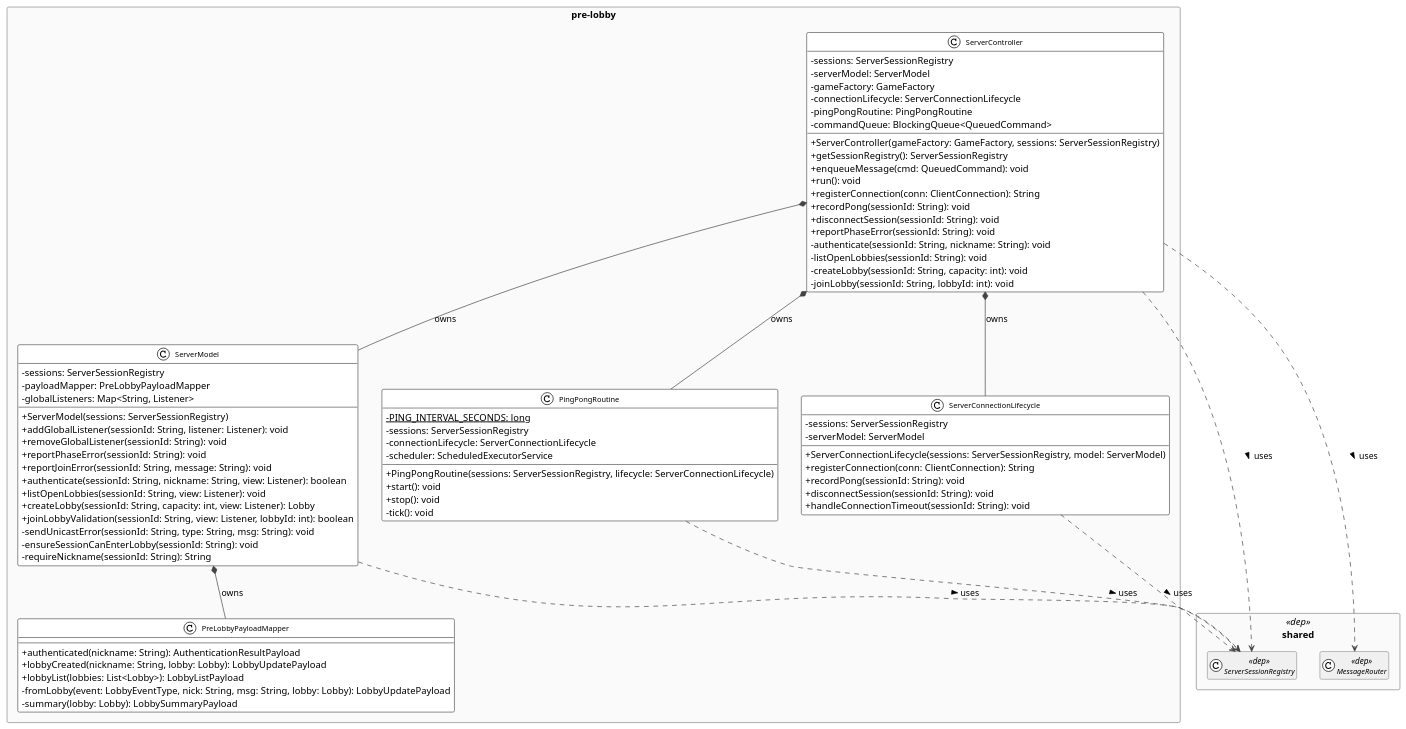
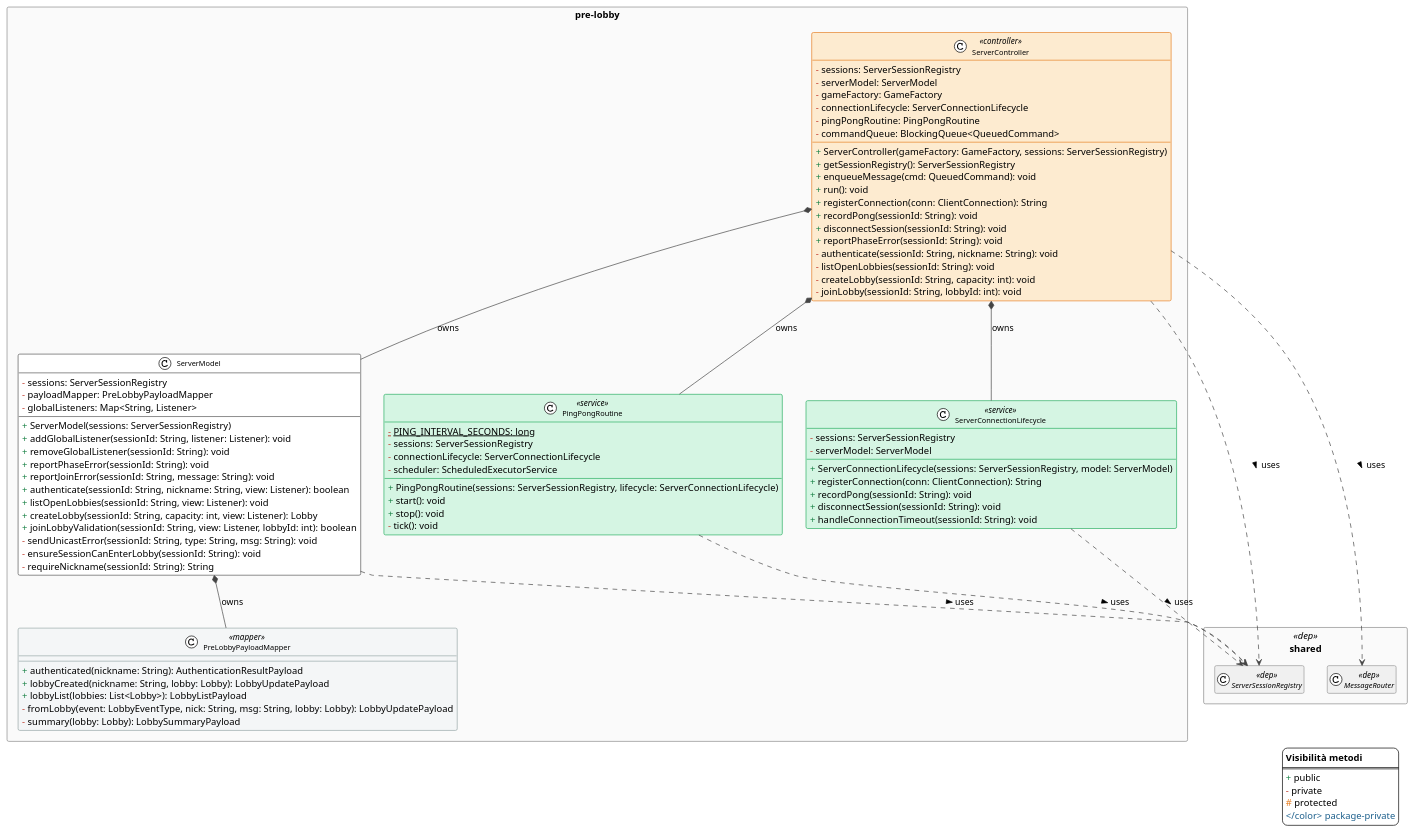
The diagram in docs/uml/server-prelobby.puml (Zorli/MesosProject), drawn with PlantUML before and after one commit. The commit also changed 4 other files, not shown here.

First line of the commit message:
docs: add layer and visibility colors to UML diagrams

```diff
--- a/docs/uml/server-prelobby.puml
+++ b/docs/uml/server-prelobby.puml
@@ -1,129 +1,159 @@
 @startuml server-prelobby
 !theme plain
 top to bottom direction
 
 skinparam classAttributeIconSize 0
 skinparam defaultFontName "Segoe UI"
 skinparam class {
   BackgroundColor White
   BorderColor #555
   ArrowColor #444
   FontSize 11
 }
 skinparam interface {
   BackgroundColor #D6EAF8
   BorderColor #2980B9
 }
 skinparam class<<dep>> {
   BackgroundColor #F0F0F0
   BorderColor #999
   FontStyle italic
 }
 skinparam packageStyle rectangle
 skinparam package {
   BackgroundColor #FAFAFA
   BorderColor #888
 }
 
+skinparam class<<controller>> {
+  BackgroundColor #FDEBD0
+  BorderColor #E67E22
+}
+skinparam class<<handler>> {
+  BackgroundColor #FEF9E7
+  BorderColor #F0A500
+}
+skinparam class<<service>> {
+  BackgroundColor #D5F5E3
+  BorderColor #27AE60
+}
+skinparam class<<factory>> {
+  BackgroundColor #E8DAEF
+  BorderColor #8E44AD
+}
+skinparam class<<mapper>> {
+  BackgroundColor #F4F6F7
+  BorderColor #95A5A6
+}
+
 ' ─── SHARED DEPENDENCIES (nome only) ───────────────────────────────────────
 package "shared" <<dep>> {
   class MessageRouter <<dep>>
   class ServerSessionRegistry <<dep>>
   hide MessageRouter members
   hide ServerSessionRegistry members
 }
 
 ' ─── PRE-LOBBY DOMAIN ──────────────────────────────────────────────────────
 package "pre-lobby" {
 
-  class ServerController {
-    - sessions: ServerSessionRegistry
-    - serverModel: ServerModel
-    - gameFactory: GameFactory
-    - connectionLifecycle: ServerConnectionLifecycle
-    - pingPongRoutine: PingPongRoutine
-    - commandQueue: BlockingQueue<QueuedCommand>
-    + ServerController(gameFactory: GameFactory, sessions: ServerSessionRegistry)
-    + getSessionRegistry(): ServerSessionRegistry
-    + enqueueMessage(cmd: QueuedCommand): void
-    + run(): void
-    + registerConnection(conn: ClientConnection): String
-    + recordPong(sessionId: String): void
-    + disconnectSession(sessionId: String): void
-    + reportPhaseError(sessionId: String): void
-    - authenticate(sessionId: String, nickname: String): void
-    - listOpenLobbies(sessionId: String): void
-    - createLobby(sessionId: String, capacity: int): void
-    - joinLobby(sessionId: String, lobbyId: int): void
+  class ServerController <<controller>> {
+    <color:#C0392B>-</color> sessions: ServerSessionRegistry
+    <color:#C0392B>-</color> serverModel: ServerModel
+    <color:#C0392B>-</color> gameFactory: GameFactory
+    <color:#C0392B>-</color> connectionLifecycle: ServerConnectionLifecycle
+    <color:#C0392B>-</color> pingPongRoutine: PingPongRoutine
+    <color:#C0392B>-</color> commandQueue: BlockingQueue<QueuedCommand>
+    <color:#1E8449>+</color> ServerController(gameFactory: GameFactory, sessions: ServerSessionRegistry)
+    <color:#1E8449>+</color> getSessionRegistry(): ServerSessionRegistry
+    <color:#1E8449>+</color> enqueueMessage(cmd: QueuedCommand): void
+    <color:#1E8449>+</color> run(): void
+    <color:#1E8449>+</color> registerConnection(conn: ClientConnection): String
+    <color:#1E8449>+</color> recordPong(sessionId: String): void
+    <color:#1E8449>+</color> disconnectSession(sessionId: String): void
+    <color:#1E8449>+</color> reportPhaseError(sessionId: String): void
+    <color:#C0392B>-</color> authenticate(sessionId: String, nickname: String): void
+    <color:#C0392B>-</color> listOpenLobbies(sessionId: String): void
+    <color:#C0392B>-</color> createLobby(sessionId: String, capacity: int): void
+    <color:#C0392B>-</color> joinLobby(sessionId: String, lobbyId: int): void
   }
 
   class ServerModel {
-    - sessions: ServerSessionRegistry
-    - payloadMapper: PreLobbyPayloadMapper
-    - globalListeners: Map<String, Listener>
-    + ServerModel(sessions: ServerSessionRegistry)
-    + addGlobalListener(sessionId: String, listener: Listener): void
-    + removeGlobalListener(sessionId: String): void
-    + reportPhaseError(sessionId: String): void
-    + reportJoinError(sessionId: String, message: String): void
-    + authenticate(sessionId: String, nickname: String, view: Listener): boolean
-    + listOpenLobbies(sessionId: String, view: Listener): void
-    + createLobby(sessionId: String, capacity: int, view: Listener): Lobby
-    + joinLobbyValidation(sessionId: String, view: Listener, lobbyId: int): boolean
-    - sendUnicastError(sessionId: String, type: String, msg: String): void
-    - ensureSessionCanEnterLobby(sessionId: String): void
-    - requireNickname(sessionId: String): String
+    <color:#C0392B>-</color> sessions: ServerSessionRegistry
+    <color:#C0392B>-</color> payloadMapper: PreLobbyPayloadMapper
+    <color:#C0392B>-</color> globalListeners: Map<String, Listener>
+    <color:#1E8449>+</color> ServerModel(sessions: ServerSessionRegistry)
+    <color:#1E8449>+</color> addGlobalListener(sessionId: String, listener: Listener): void
+    <color:#1E8449>+</color> removeGlobalListener(sessionId: String): void
+    <color:#1E8449>+</color> reportPhaseError(sessionId: String): void
+    <color:#1E8449>+</color> reportJoinError(sessionId: String, message: String): void
+    <color:#1E8449>+</color> authenticate(sessionId: String, nickname: String, view: Listener): boolean
+    <color:#1E8449>+</color> listOpenLobbies(sessionId: String, view: Listener): void
+    <color:#1E8449>+</color> createLobby(sessionId: String, capacity: int, view: Listener): Lobby
+    <color:#1E8449>+</color> joinLobbyValidation(sessionId: String, view: Listener, lobbyId: int): boolean
+    <color:#C0392B>-</color> sendUnicastError(sessionId: String, type: String, msg: String): void
+    <color:#C0392B>-</color> ensureSessionCanEnterLobby(sessionId: String): void
+    <color:#C0392B>-</color> requireNickname(sessionId: String): String
   }
 
-  class PreLobbyPayloadMapper {
-    + authenticated(nickname: String): AuthenticationResultPayload
-    + lobbyCreated(nickname: String, lobby: Lobby): LobbyUpdatePayload
-    + lobbyList(lobbies: List<Lobby>): LobbyListPayload
-    - fromLobby(event: LobbyEventType, nick: String, msg: String, lobby: Lobby): LobbyUpdatePayload
-    - summary(lobby: Lobby): LobbySummaryPayload
+  class PreLobbyPayloadMapper <<mapper>> {
+    <color:#1E8449>+</color> authenticated(nickname: String): AuthenticationResultPayload
+    <color:#1E8449>+</color> lobbyCreated(nickname: String, lobby: Lobby): LobbyUpdatePayload
+    <color:#1E8449>+</color> lobbyList(lobbies: List<Lobby>): LobbyListPayload
+    <color:#C0392B>-</color> fromLobby(event: LobbyEventType, nick: String, msg: String, lobby: Lobby): LobbyUpdatePayload
+    <color:#C0392B>-</color> summary(lobby: Lobby): LobbySummaryPayload
   }
 
-  class ServerConnectionLifecycle {
-    - sessions: ServerSessionRegistry
-    - serverModel: ServerModel
-    + ServerConnectionLifecycle(sessions: ServerSessionRegistry, model: ServerModel)
-    + registerConnection(conn: ClientConnection): String
-    + recordPong(sessionId: String): void
-    + disconnectSession(sessionId: String): void
-    + handleConnectionTimeout(sessionId: String): void
+  class ServerConnectionLifecycle <<service>> {
+    <color:#C0392B>-</color> sessions: ServerSessionRegistry
+    <color:#C0392B>-</color> serverModel: ServerModel
+    <color:#1E8449>+</color> ServerConnectionLifecycle(sessions: ServerSessionRegistry, model: ServerModel)
+    <color:#1E8449>+</color> registerConnection(conn: ClientConnection): String
+    <color:#1E8449>+</color> recordPong(sessionId: String): void
+    <color:#1E8449>+</color> disconnectSession(sessionId: String): void
+    <color:#1E8449>+</color> handleConnectionTimeout(sessionId: String): void
   }
 
-  class PingPongRoutine {
-    - {static} PING_INTERVAL_SECONDS: long
-    - sessions: ServerSessionRegistry
-    - connectionLifecycle: ServerConnectionLifecycle
-    - scheduler: ScheduledExecutorService
-    + PingPongRoutine(sessions: ServerSessionRegistry, lifecycle: ServerConnectionLifecycle)
-    + start(): void
-    + stop(): void
-    - tick(): void
+  class PingPongRoutine <<service>> {
+    <color:#C0392B>-</color> {static} PING_INTERVAL_SECONDS: long
+    <color:#C0392B>-</color> sessions: ServerSessionRegistry
+    <color:#C0392B>-</color> connectionLifecycle: ServerConnectionLifecycle
+    <color:#C0392B>-</color> scheduler: ScheduledExecutorService
+    <color:#1E8449>+</color> PingPongRoutine(sessions: ServerSessionRegistry, lifecycle: ServerConnectionLifecycle)
+    <color:#1E8449>+</color> start(): void
+    <color:#1E8449>+</color> stop(): void
+    <color:#C0392B>-</color> tick(): void
   }
 }
 
 ' ─── RELATIONSHIPS ─────────────────────────────────────────────────────────
 
 ' Controller owns its components
 ServerController *-- ServerModel              : owns
 ServerController *-- ServerConnectionLifecycle : owns
 ServerController *-- PingPongRoutine          : owns
 
 ' Model owns mapper
 ServerModel *-- PreLobbyPayloadMapper : owns
 
 ' Controller → shared dependencies
 ServerController ..> MessageRouter        : uses >
 ServerController ..> ServerSessionRegistry : uses >
 
 ' Model → shared dependency
 ServerModel ..> ServerSessionRegistry : uses >
 
 ' Lifecycle and ping → shared
 ServerConnectionLifecycle ..> ServerSessionRegistry : uses >
 PingPongRoutine ..> ServerSessionRegistry : uses >
 
+
+legend right
+  <b>Visibilità metodi</b>
+  ====
+  <color:#1E8449>+</color> public
+  <color:#C0392B>-</color> private
+  <color:#E67E22>#</color> protected
+  <color:#1F618D>~</color> package-private
+endlegend
 @enduml
```
